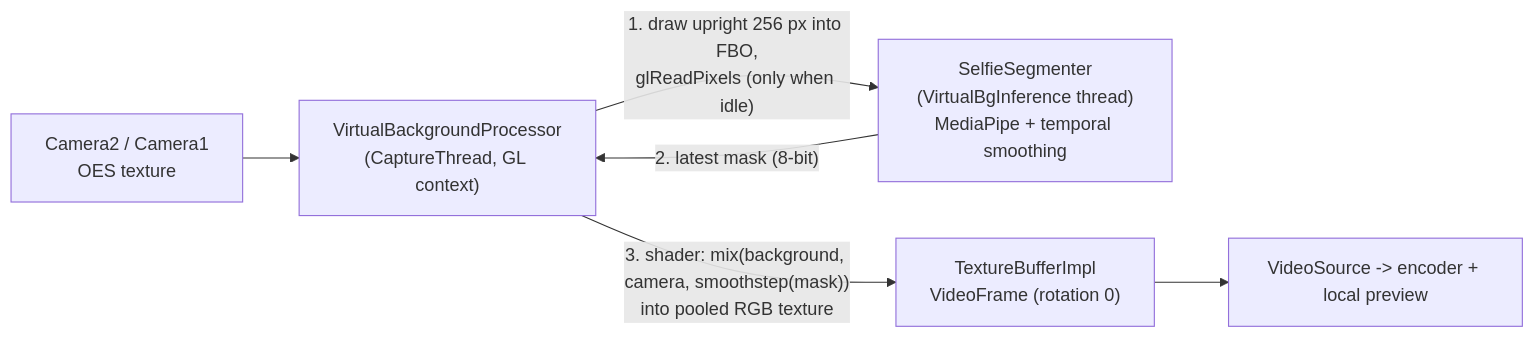
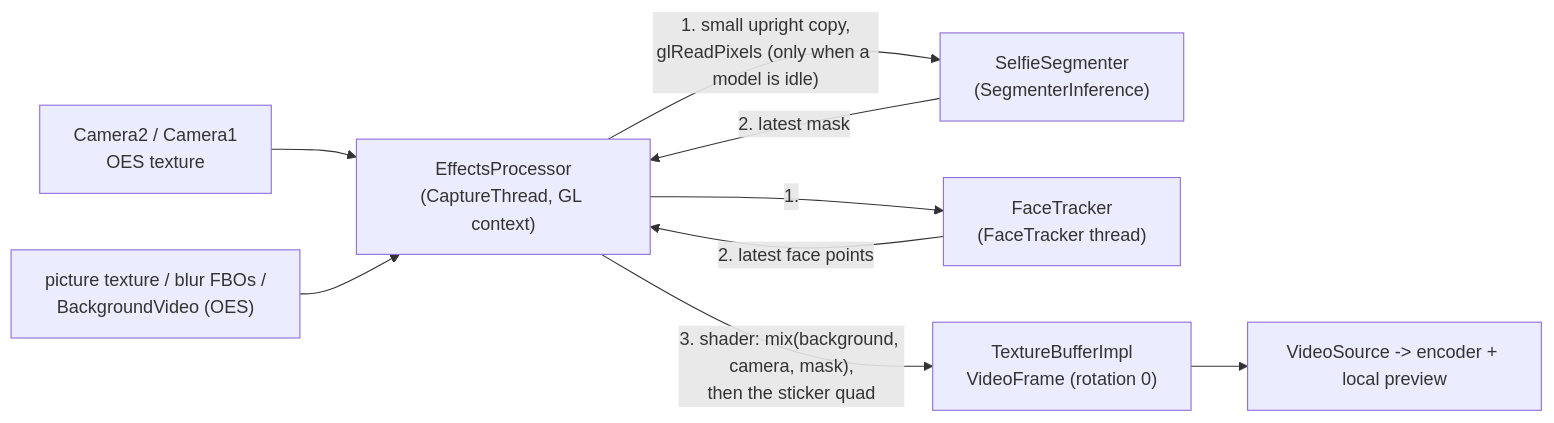
One commit to maitrungduc1410/WebRTC-Demo changed diagram 15 of 18 in ARCHITECTURE.md. Above: the diagram before and after it, drawn with Mermaid. The commit also changed other lines of this file and 80 other files, not shown here.

First line of the commit message:
feat: add backgrounds and face stickers on all platforms Replace the single virtual background with a "Backgrounds and effects" picker on web, Android and iOS: none, two blur levels, pictures, looping videos and face-tracked stickers, with a live preview.

````diff
--- a/ARCHITECTURE.md
+++ b/ARCHITECTURE.md
@@ -666,8 +705,11 @@
 ```mermaid
 flowchart LR
-    CAM["Camera2 / Camera1<br/>OES texture"] --> VP["VirtualBackgroundProcessor<br/>(CaptureThread, GL context)"]
-    VP -- "1. draw upright 256 px into FBO,<br/>glReadPixels (only when idle)" --> SEG["SelfieSegmenter<br/>(VirtualBgInference thread)<br/>MediaPipe + temporal smoothing"]
-    SEG -- "2. latest mask (8-bit)" --> VP
-    VP -- "3. shader: mix(background, camera, smoothstep(mask))<br/>into pooled RGB texture" --> OUT["TextureBufferImpl<br/>VideoFrame (rotation 0)"]
+    CAM["Camera2 / Camera1<br/>OES texture"] --> VP["EffectsProcessor<br/>(CaptureThread, GL context)"]
+    VP -- "1. small upright copy,<br/>glReadPixels (only when a model is idle)" --> SEG["SelfieSegmenter<br/>(SegmenterInference)"]
+    VP -- "1." --> FT["FaceTracker<br/>(FaceTracker thread)"]
+    SEG -- "2. latest mask" --> VP
+    FT -- "2. latest face points" --> VP
+    BG["picture texture / blur FBOs /<br/>BackgroundVideo (OES)"] --> VP
+    VP -- "3. shader: mix(background, camera, mask),<br/>then the sticker quad" --> OUT["TextureBufferImpl<br/>VideoFrame (rotation 0)"]
     OUT --> SRC["VideoSource -> encoder + local preview"]
 ```
````
